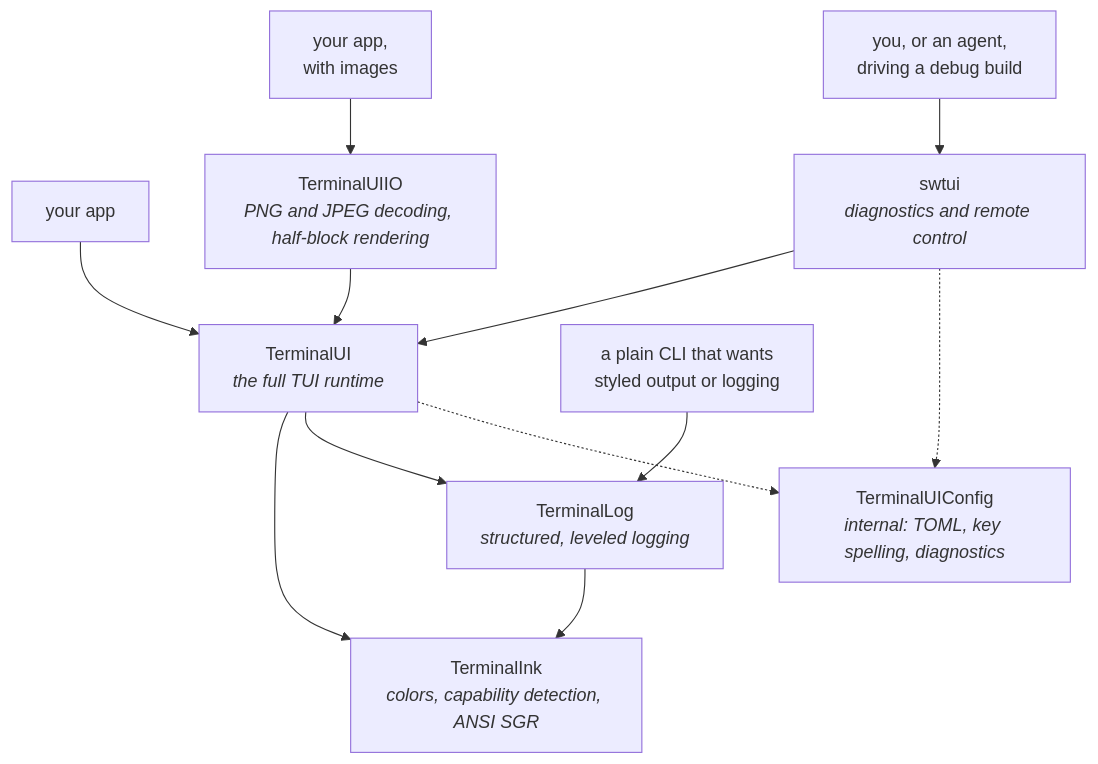
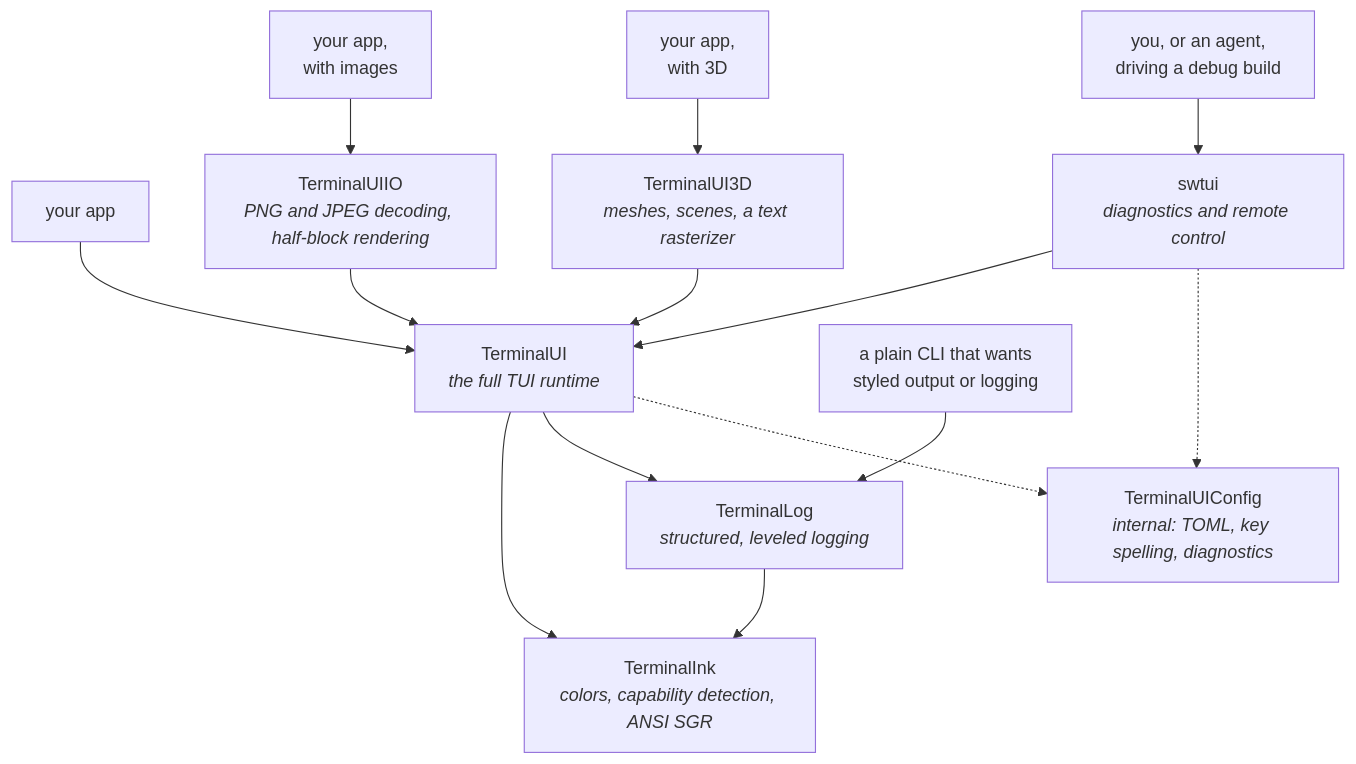
One commit to dardevelin/terminal-ui changed the diagram in README.md. Above: the diagram before and after it, drawn with Mermaid. The commit also changed other lines of this file and 3 other files, not shown here.

````diff
--- a/README.md
+++ b/README.md
@@ -359,16 +363,18 @@
 ```mermaid
 graph TD
     App["your app"] --> TUI
     ImgApp["your app,<br/>with images"] --> IO
+    SceneApp["your app,<br/>with 3D"] --> Scene3D
     CLI["a plain CLI that wants<br/>styled output or logging"] --> Log
     Dev["you, or an agent,<br/>driving a debug build"] --> SW
 
     IO["TerminalUIIO<br/><i>PNG and JPEG decoding, half-block rendering</i>"] --> TUI
+    Scene3D["TerminalUI3D<br/><i>meshes, scenes, a text rasterizer</i>"] --> TUI
     SW["swtui<br/><i>diagnostics and remote control</i>"] --> TUI
     TUI["TerminalUI<br/><i>the full TUI runtime</i>"] --> Ink
     TUI --> Log
     TUI -.-> Config["TerminalUIConfig<br/><i>internal: TOML, key spelling, diagnostics</i>"]
     SW -.-> Config
     Log["TerminalLog<br/><i>structured, leveled logging</i>"] --> Ink
     Ink["TerminalInk<br/><i>colors, capability detection, ANSI SGR</i>"]
 ```
````
